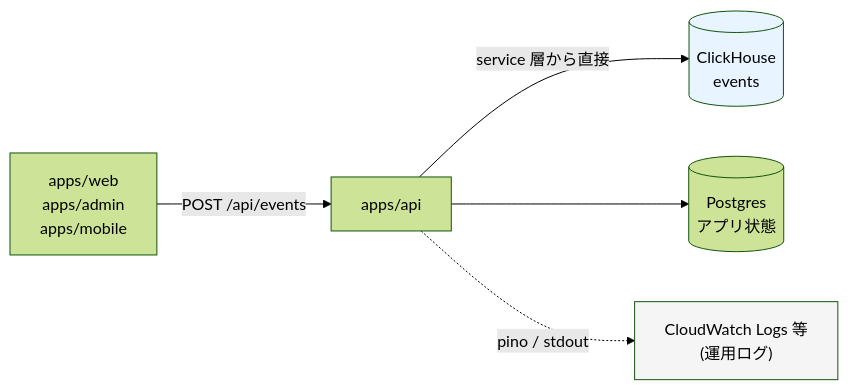
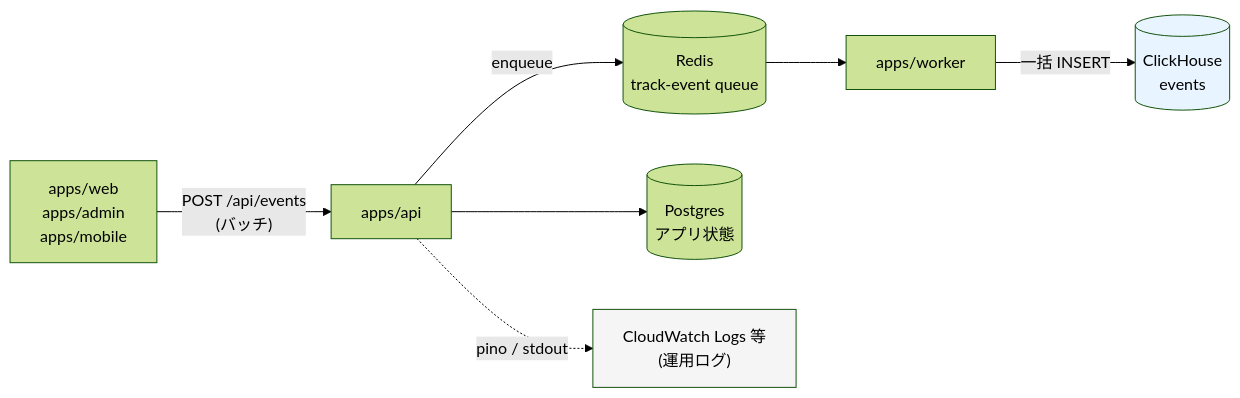
One commit to kentakki416/project-template changed the first of 3 diagrams in docs/spec/user-behavior-events/README.md. Above: the diagram before and after it, drawn with Mermaid (forest theme). The commit also changed other lines of this file and 7 other files, not shown here.

````diff
--- a/docs/spec/user-behavior-events/README.md
+++ b/docs/spec/user-behavior-events/README.md
@@ -84,16 +87,20 @@
 ```mermaid
 flowchart LR
     web["apps/web<br/>apps/admin<br/>apps/mobile"]
     api["apps/api"]
+    q[("Redis<br/>track-event queue")]
+    worker["apps/worker"]
     ch[("ClickHouse<br/>events")]
     pg[("Postgres<br/>アプリ状態")]
     logs["CloudWatch Logs 等<br/>(運用ログ)"]
 
-    web -->|"POST /api/events"| api
-    api -->|"service 層から直接"| ch
+    web -->|"POST /api/events<br/>(バッチ)"| api
+    api -->|"enqueue"| q
+    q --> worker
+    worker -->|"一括 INSERT"| ch
     api --> pg
     api -.->|"pino / stdout"| logs
 
     style ch fill:#e8f4ff
     style logs fill:#f5f5f5
 ```
````
